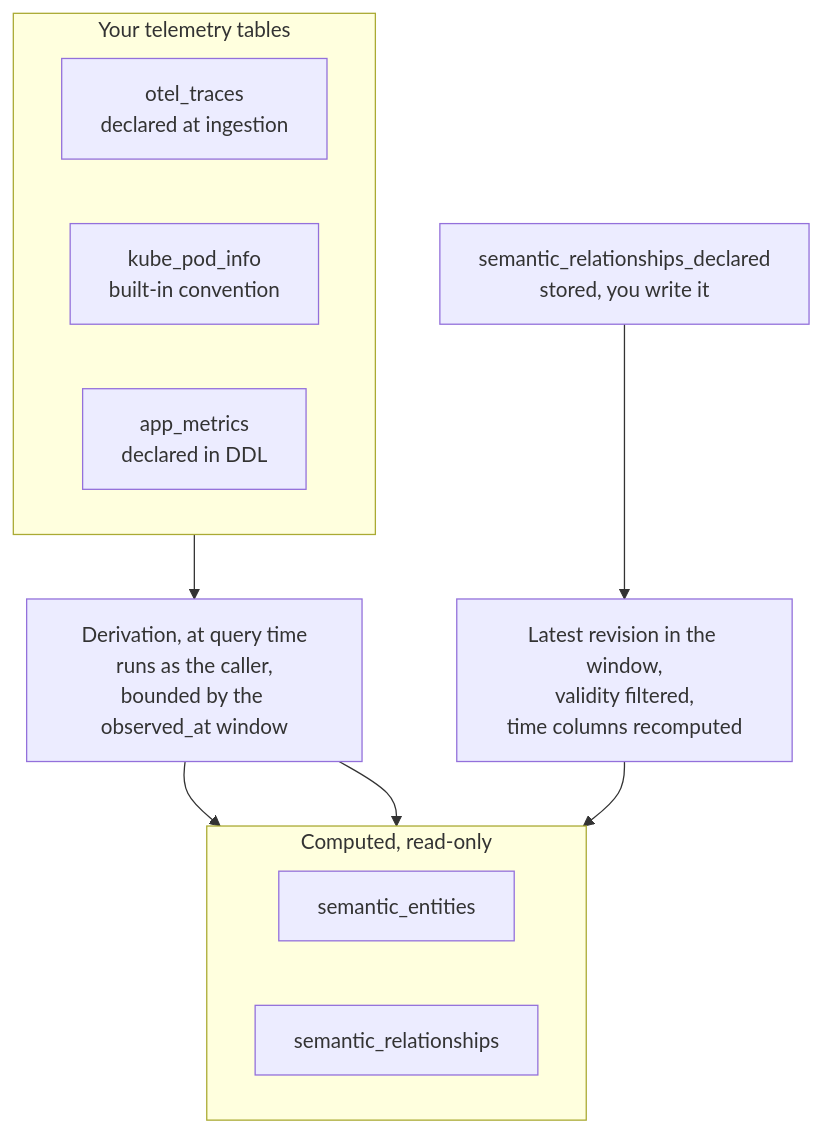
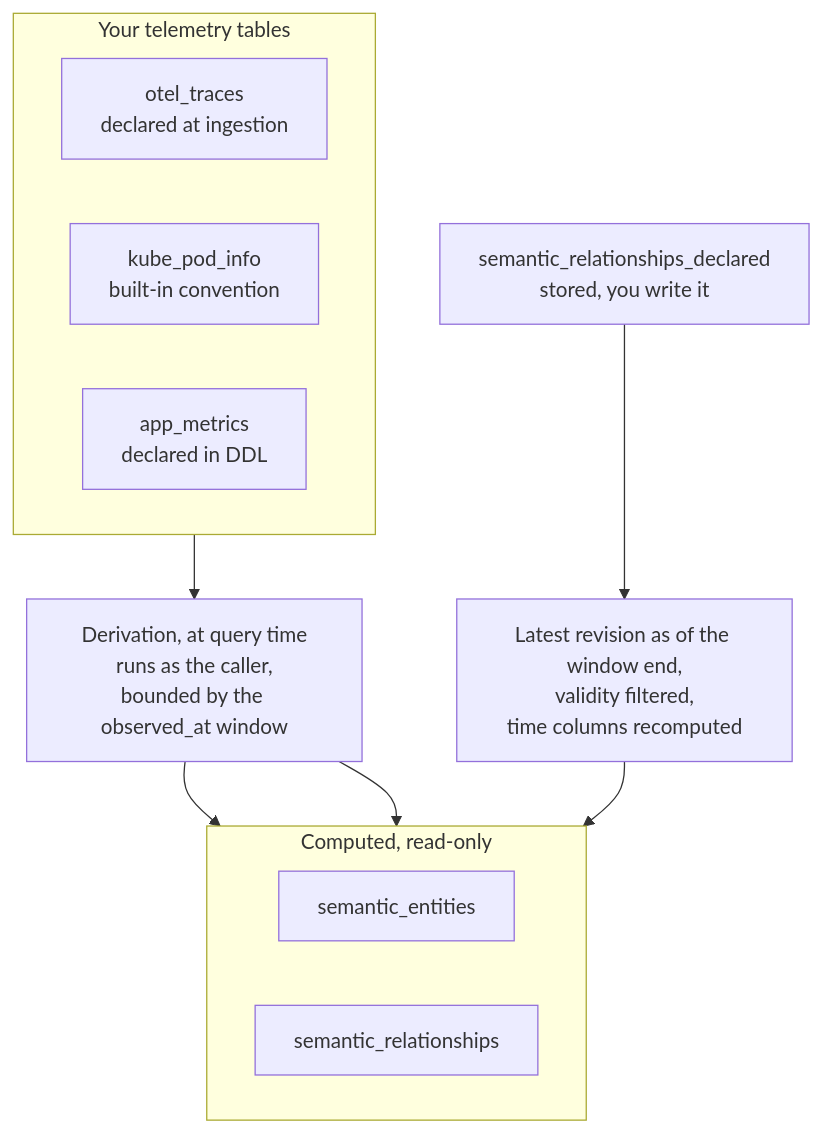
The diagram in docs/user-guide/concepts/semantic-layer.md (GreptimeTeam/docs), drawn with Mermaid before and after one commit. The commit also changed other lines of this file and 3 other files, not shown here.

````diff
--- a/docs/user-guide/concepts/semantic-layer.md
+++ b/docs/user-guide/concepts/semantic-layer.md
@@ -54,25 +54,25 @@
 ```mermaid
 flowchart TB
     subgraph SRC["Your telemetry tables"]
         direction LR
         T1["otel_traces<br/>declared at ingestion"]
         T2["kube_pod_info<br/>built-in convention"]
         T3["app_metrics<br/>declared in DDL"]
     end
 
     DECL["semantic_relationships_declared<br/>stored, you write it"]
     DER["Derivation, at query time<br/>runs as the caller,<br/>bounded by the observed_at window"]
-    RES["Latest revision in the window,<br/>validity filtered,<br/>time columns recomputed"]
+    RES["Latest revision as of the window end,<br/>validity filtered,<br/>time columns recomputed"]
 
     subgraph OUT["Computed, read-only"]
         direction LR
         E["semantic_entities"]
         R["semantic_relationships"]
     end
 
     SRC --> DER
     DECL --> RES
     DER --> E
     DER --> R
     RES --> R
 ```
````
